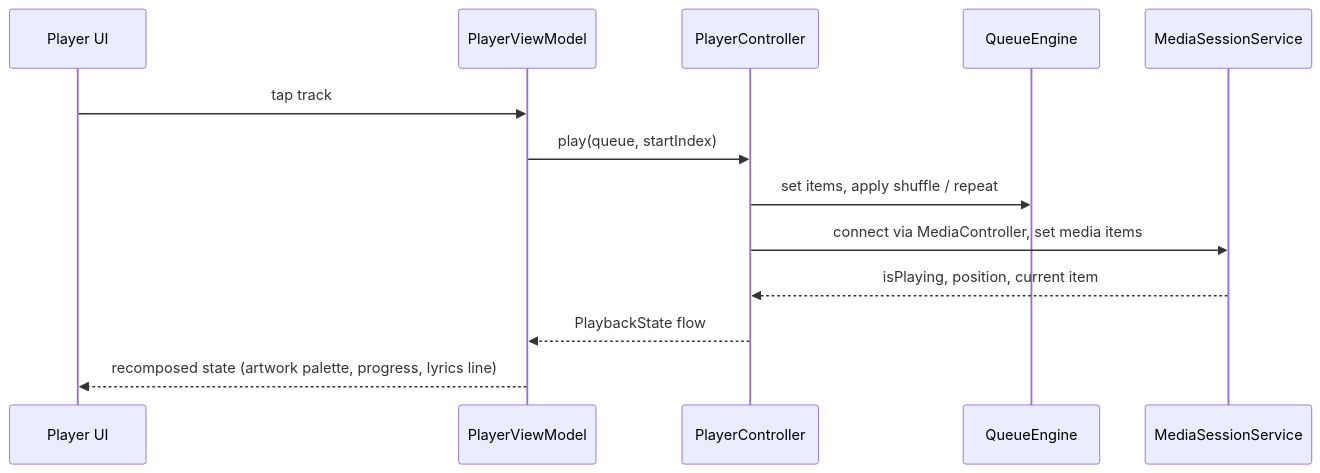
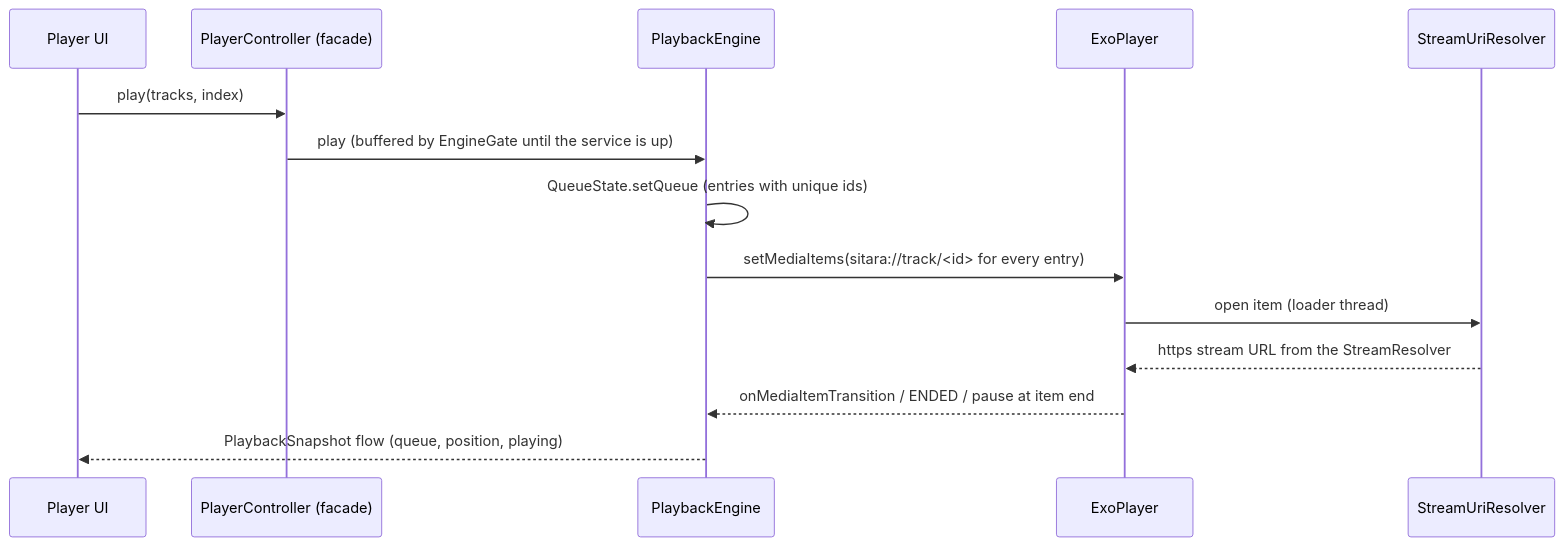
One commit to muhib-karim/sitara changed the third of 5 diagrams in docs/ARCHITECTURE.md. Above: the diagram before and after it, drawn with Mermaid. The commit also changed other lines of this file, not shown here.

First line of the commit message:
docs: architecture reflects the service-owned playback engine

````diff
--- a/docs/ARCHITECTURE.md
+++ b/docs/ARCHITECTURE.md
@@ -110,15 +108,16 @@
 ```mermaid
 sequenceDiagram
     participant UI as Player UI
-    participant VM as PlayerViewModel
-    participant PC as PlayerController
-    participant Q as QueueEngine
-    participant S as MediaSessionService
-    UI->>VM: tap track
-    VM->>PC: play(queue, startIndex)
-    PC->>Q: set items, apply shuffle / repeat
-    PC->>S: connect via MediaController, set media items
-    S-->>PC: isPlaying, position, current item
-    PC-->>VM: PlaybackState flow
-    VM-->>UI: recomposed state (artwork palette, progress, lyrics line)
+    participant PC as PlayerController (facade)
+    participant E as PlaybackEngine
+    participant X as ExoPlayer
+    participant R as StreamUriResolver
+    UI->>PC: play(tracks, index)
+    PC->>E: play (buffered by EngineGate until the service is up)
+    E->>E: QueueState.setQueue (entries with unique ids)
+    E->>X: setMediaItems(sitara://track/<id> for every entry)
+    X->>R: open item (loader thread)
+    R-->>X: https stream URL from the StreamResolver
+    X-->>E: onMediaItemTransition / ENDED / pause at item end
+    E-->>UI: PlaybackSnapshot flow (queue, position, playing)
 ```
````
